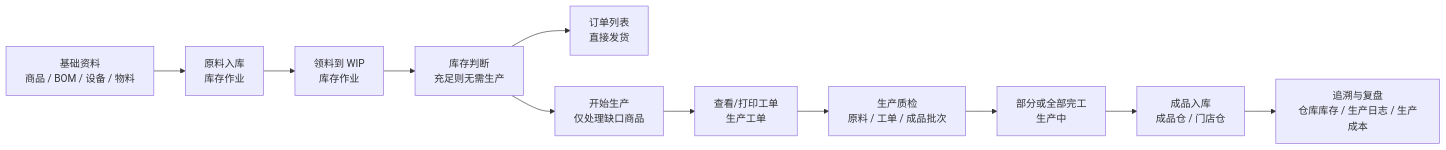
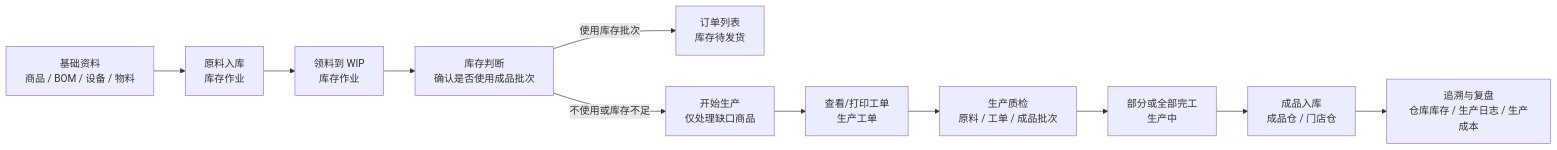
Before and after one commit to Backstage2539/KFerp: the first of 4 diagrams in orderapp-remote/docs/production-flow-user-manual.md, drawn with Mermaid. The commit also changed other lines of this file and 28 other files, not shown here.

Commit message:
Add order stock batch confirmation flow

````diff
--- a/orderapp-remote/docs/production-flow-user-manual.md
+++ b/orderapp-remote/docs/production-flow-user-manual.md
@@ -7,13 +7,13 @@
 ```mermaid
 flowchart LR
   A["基础资料<br/>商品 / BOM / 设备 / 物料"] --> B["原料入库<br/>库存作业"]
   B --> C["领料到 WIP<br/>库存作业"]
-  C --> D["库存判断<br/>充足则无需生产"]
-  D --> J["订单列表<br/>直接发货"]
-  D --> E["开始生产<br/>仅处理缺口商品"]
+  C --> D["库存判断<br/>确认是否使用成品批次"]
+  D -->|使用库存批次| J["订单列表<br/>库存待发货"]
+  D -->|不使用或库存不足| E["开始生产<br/>仅处理缺口商品"]
   E --> F["查看/打印工单<br/>生产工单"]
   F --> Q["生产质检<br/>原料 / 工单 / 成品批次"]
   Q --> G["部分或全部完工<br/>生产中"]
   G --> H["成品入库<br/>成品仓 / 门店仓"]
   H --> I["追溯与复盘<br/>仓库库存 / 生产日志 / 生产成本"]
 ```
````
